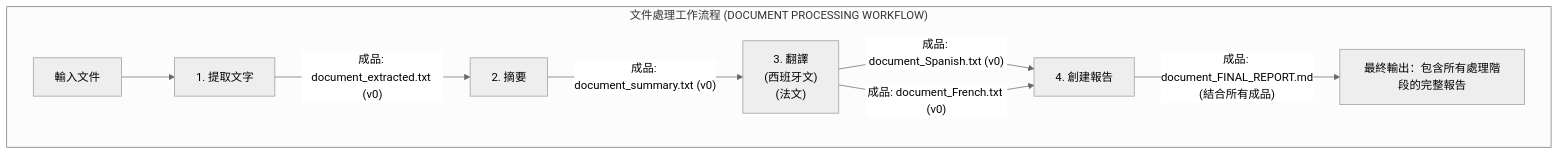
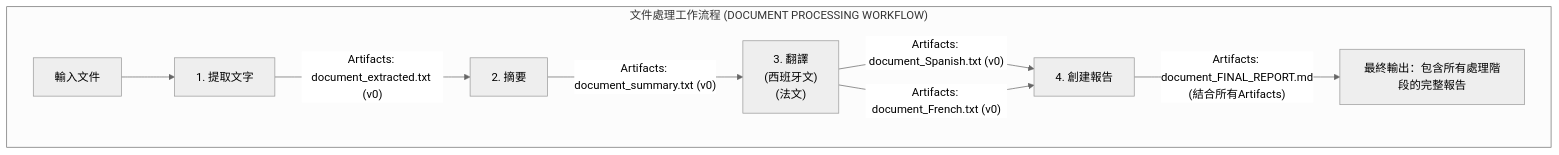
The sixth of 8 diagrams in workspace/notes/google-adk-training-hub/adk_training/19-artifacts_files.md (lastingyeh/google-adk-study), drawn with Mermaid (neutral theme) before and after one commit. The commit also changed other lines of this file and 9 other files, not shown here.

````diff
--- a/workspace/notes/google-adk-training-hub/adk_training/19-artifacts_files.md
+++ b/workspace/notes/google-adk-training-hub/adk_training/19-artifacts_files.md
@@ -462,12 +462,12 @@
 ```mermaid
 graph TD
     subgraph "文件處理工作流程 (DOCUMENT PROCESSING WORKFLOW)"
         A["輸入文件"] --> B["1. 提取文字"]
-        B --> |"成品: document_extracted.txt (v0)"|D["2. 摘要"]
-        D --> |"成品: document_summary.txt (v0)"|F["3. 翻譯<br/>(西班牙文)<br/>(法文)"]
-        F --> |"成品: document_Spanish.txt (v0)"|I["4. 創建報告"]
-        F --> |"成品: document_French.txt (v0)"|I["4. 創建報告"]
+        B --> |"Artifacts: document_extracted.txt (v0)"|D["2. 摘要"]
+        D --> |"Artifacts: document_summary.txt (v0)"|F["3. 翻譯<br/>(西班牙文)<br/>(法文)"]
+        F --> |"Artifacts: document_Spanish.txt (v0)"|I["4. 創建報告"]
+        F --> |"Artifacts: document_French.txt (v0)"|I["4. 創建報告"]
 
-        I --> |"成品: document_FINAL_REPORT.md<br/>(結合所有成品)"|K["最終輸出：包含所有處理階段的完整報告"]
+        I --> |"Artifacts: document_FINAL_REPORT.md<br/>(結合所有Artifacts)"|K["最終輸出：包含所有處理階段的完整報告"]
     end
 ```
````
